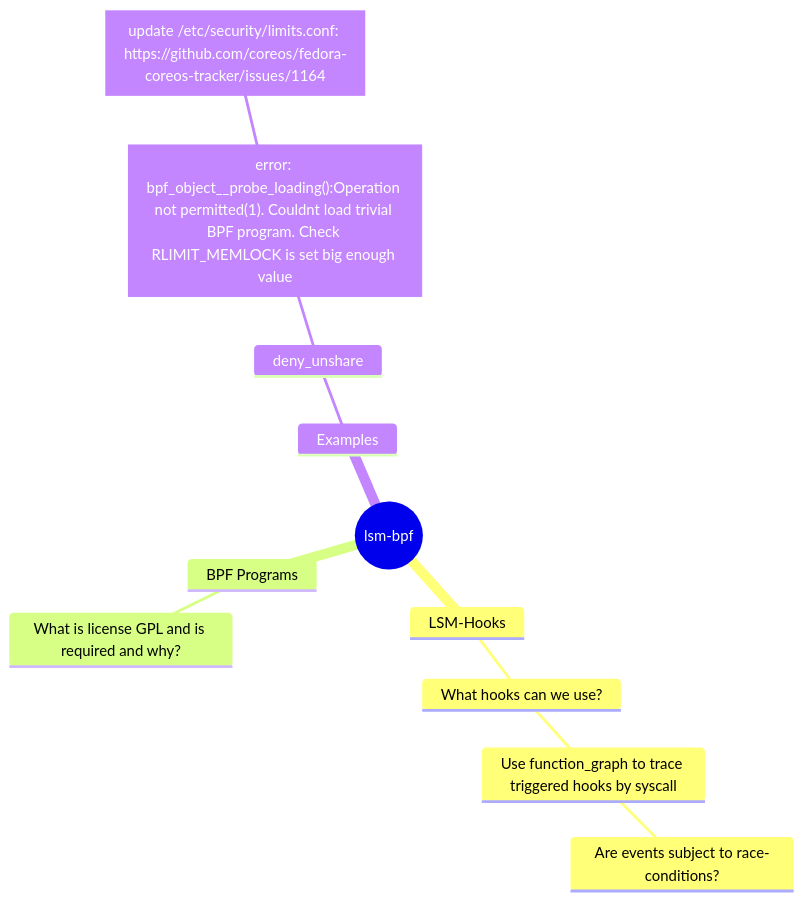
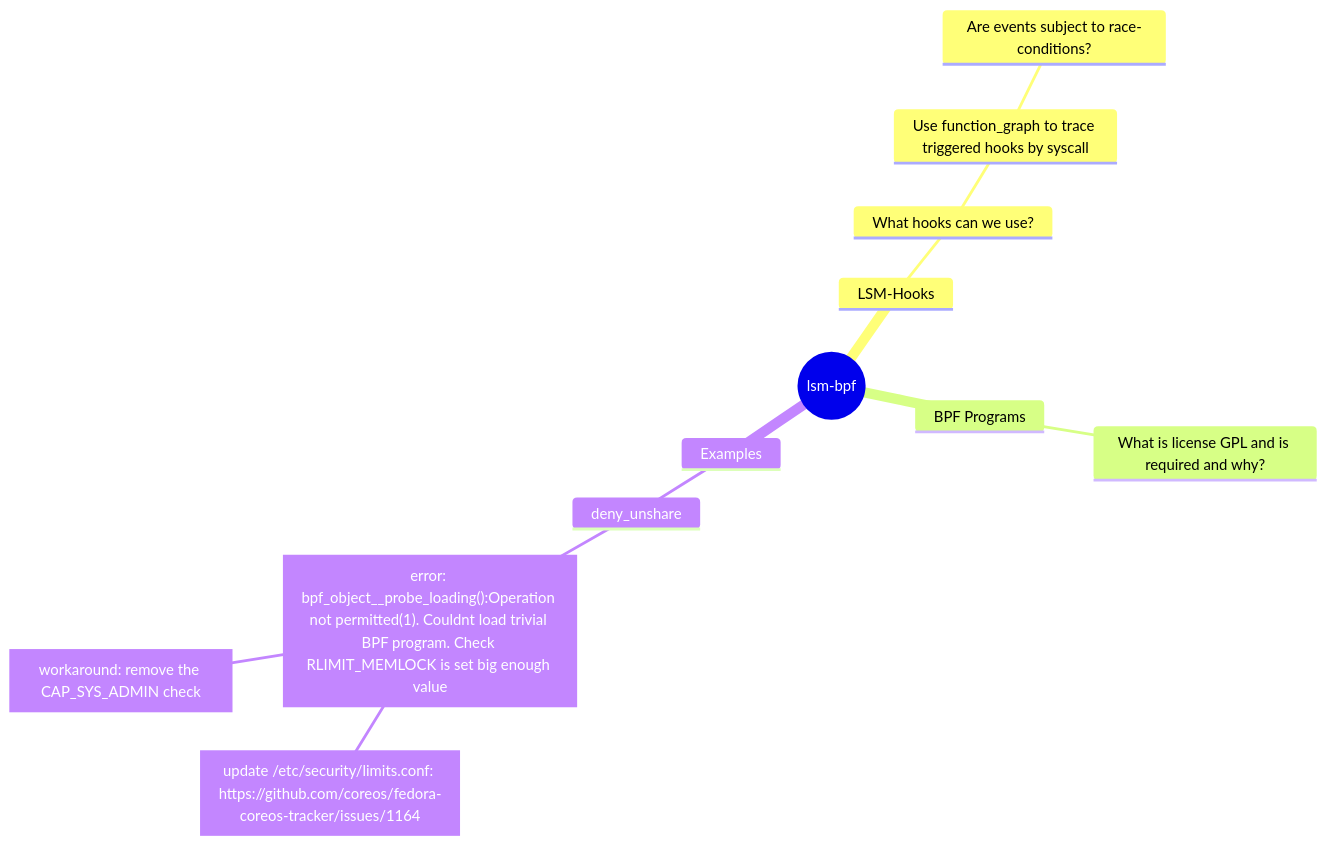
One commit to Turbodunker/lsm-bpf changed the diagram in Questions:.md. Above: the diagram before and after it, drawn with Mermaid.

Commit message:
Updated Questions: (markdown)

````diff
--- a/Questions:.md
+++ b/Questions:.md
@@ -6,15 +6,16 @@
 ``` mermaid
     mindmap
         root((lsm-bpf))
             LSM-Hooks
                 What hooks can we use?
                     Use function_graph to trace triggered hooks by syscall
                         Are events subject to race-conditions?
             BPF Programs
                 What is license GPL and is required and why?
             Examples
                 deny_unshare
                     id1["error: bpf_object__probe_loading():Operation not permitted(1). Couldnt load trivial BPF program. Check RLIMIT_MEMLOCK is set big enough value"]
                         id2["update /etc/security/limits.conf: https://github.com/coreos/fedora-coreos-tracker/issues/1164"]
+                        workaround["workaround: remove the CAP_SYS_ADMIN check"]
 
 ```
````
